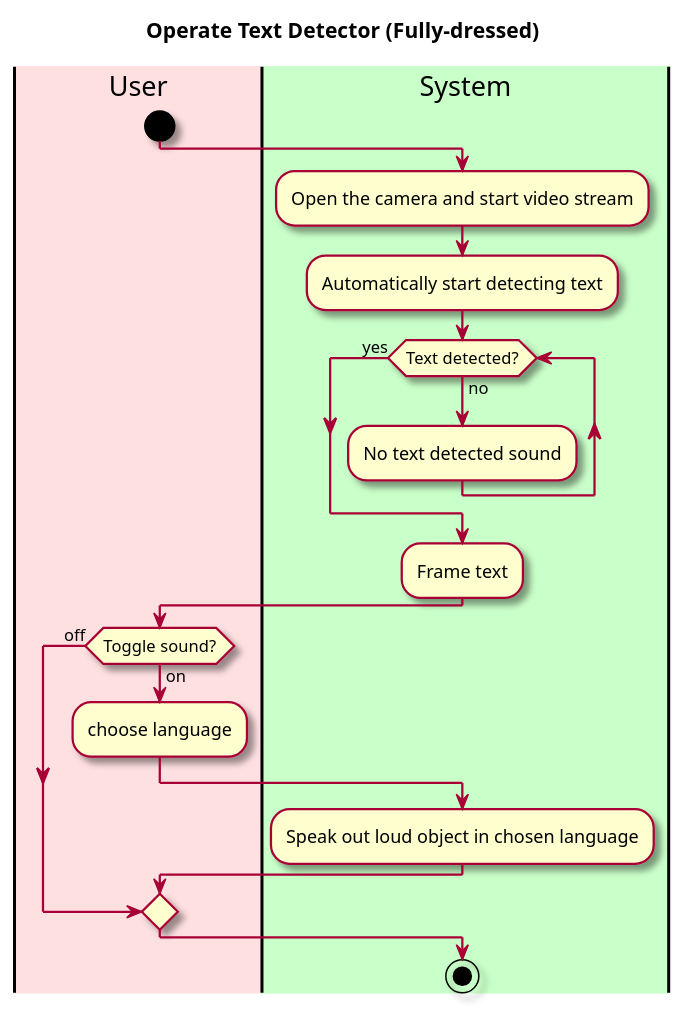
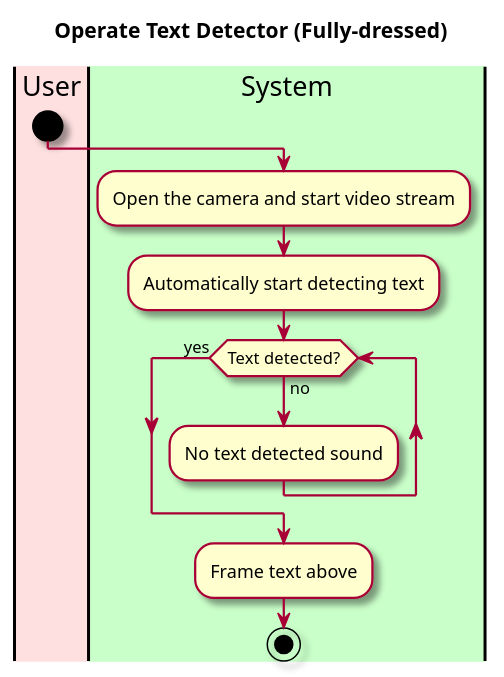
One commit to tonyh1306/OBRE-Vision-through-a-screen changed the first of 2 diagrams in intellij/doc/use-cases/recognize-text.md. Above: the diagram before and after it, drawn with PlantUML. The commit also changed other lines of this file and 6 other files, not shown here.

Commit message:
changed a lot of the documentation trying to include previous feedback and added sequence diagrams. ;0

````diff
--- a/intellij/doc/use-cases/recognize-text.md
+++ b/intellij/doc/use-cases/recognize-text.md
@@ -31,32 +31,24 @@
 ```plantuml
 @startuml
 
 skin rose
 
 title Operate Text Detector (Fully-dressed)
 
 'define the lanes
 |#implementation|User|
 |#technology|System|
-
 |User|
 start
 
 |System|
 :Open the camera and start video stream;
 :Automatically start detecting text;
 while (Text detected?) is (no)
 :No text detected sound;
 endwhile(yes)
-:Frame text;
-|User|
-if (Toggle sound?) is (on) then
-|User|
-:choose language;
+:Frame text above;
 |System|
-:Speak out loud object in chosen language;
-else (off)
-endif
 stop
 @enduml
 ```
````
